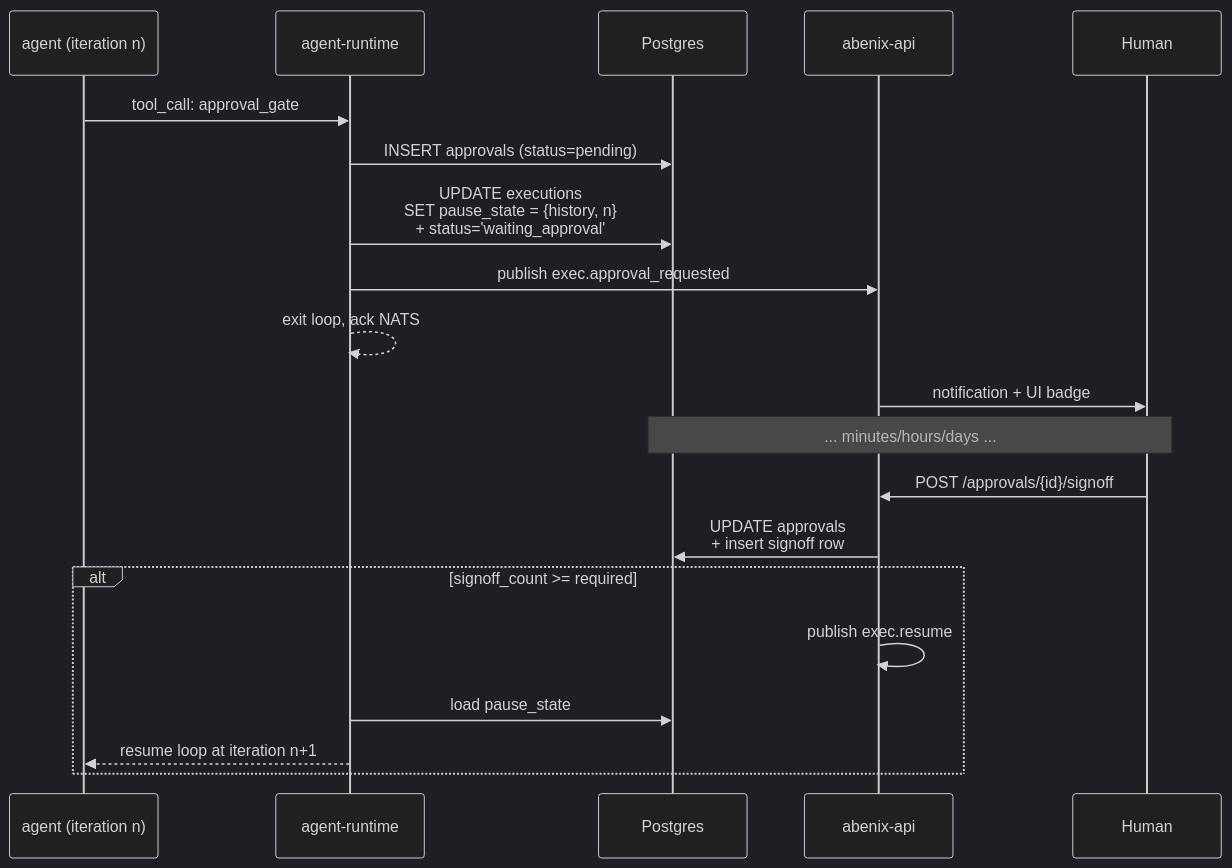
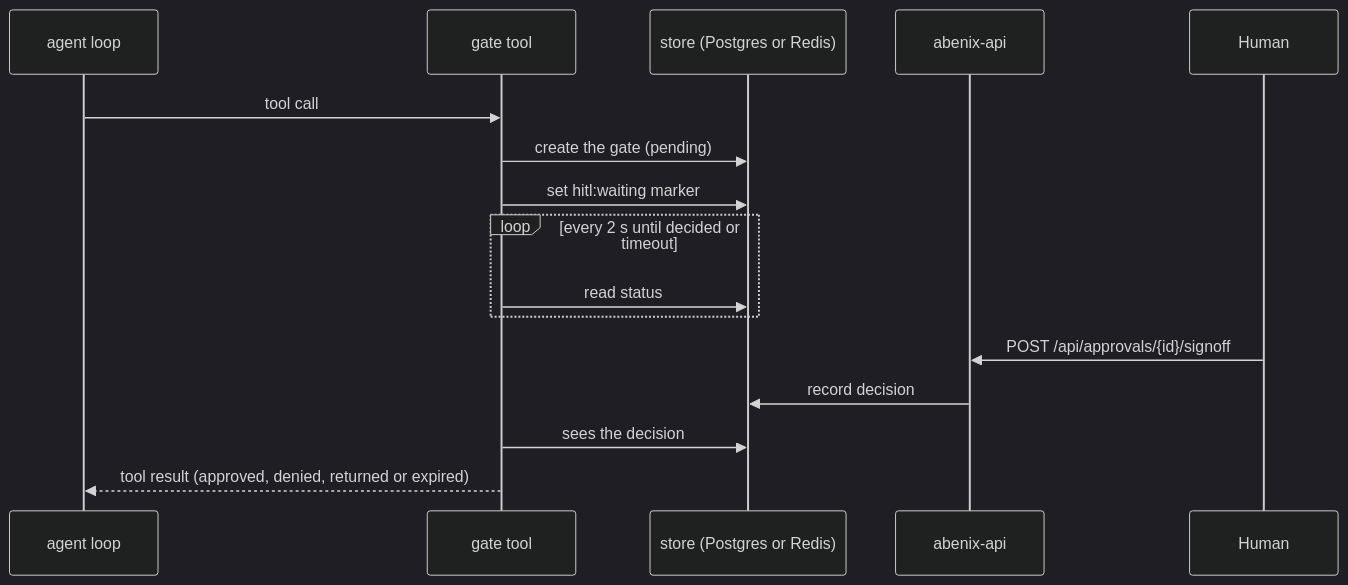
The first of 3 diagrams in docs/02-runtime/05-approvals-hitl.md (sarkar4777/abenix), drawn with Mermaid (dark theme) before and after one commit. The commit also changed other lines of this file and 288 other files, not shown here.

````diff
--- a/docs/02-runtime/05-approvals-hitl.md
+++ b/docs/02-runtime/05-approvals-hitl.md
@@ -11,23 +28,19 @@
 ```mermaid
 sequenceDiagram
-  participant A as agent (iteration n)
-  participant R as agent-runtime
-  participant PG as Postgres
+  participant A as agent loop
+  participant T as gate tool
+  participant S as store (Postgres or Redis)
   participant API as abenix-api
-  participant Human
+  participant H as Human
 
-  A->>R: tool_call: approval_gate
-  R->>PG: INSERT approvals (status=pending)
-  R->>PG: UPDATE executions<br/>SET pause_state = {history, n}<br/>+ status='waiting_approval'
-  R->>API: publish exec.approval_requested
-  R-->>R: exit loop, ack NATS
-  API->>Human: notification + UI badge
-  Note over PG,Human: ... minutes/hours/days ...
-  Human->>API: POST /approvals/{id}/signoff
-  API->>PG: UPDATE approvals<br/>+ insert signoff row
-  alt signoff_count >= required
-    API->>API: publish exec.resume
-    R->>PG: load pause_state
-    R-->>A: resume loop at iteration n+1
+  A->>T: tool call
+  T->>S: create the gate (pending)
+  T->>S: set hitl:waiting marker
+  loop every 2 s until decided or timeout
+    T->>S: read status
   end
+  H->>API: POST /api/approvals/{id}/signoff
+  API->>S: record decision
+  T->>S: sees the decision
+  T-->>A: tool result (approved, denied, returned or expired)
 ```
````
